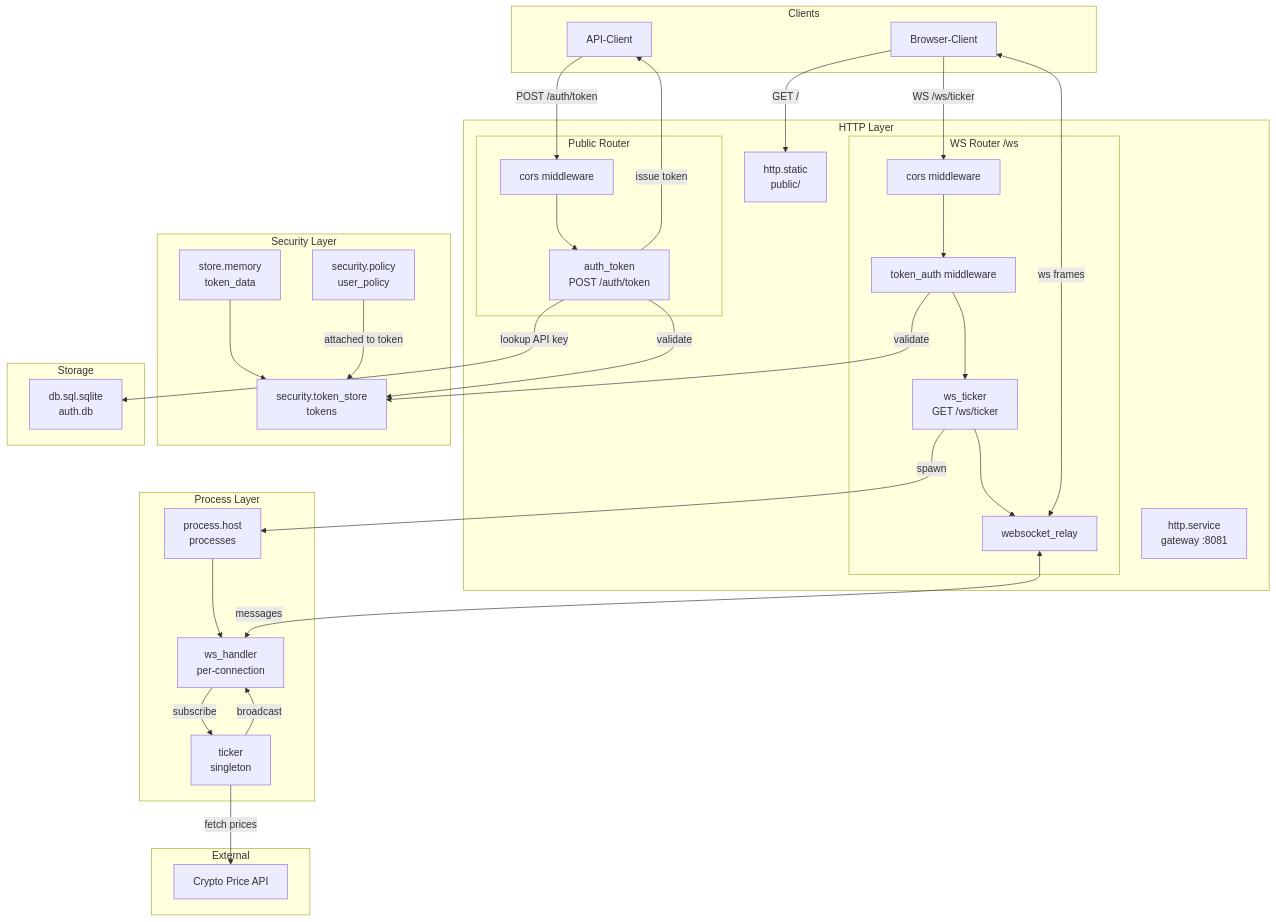
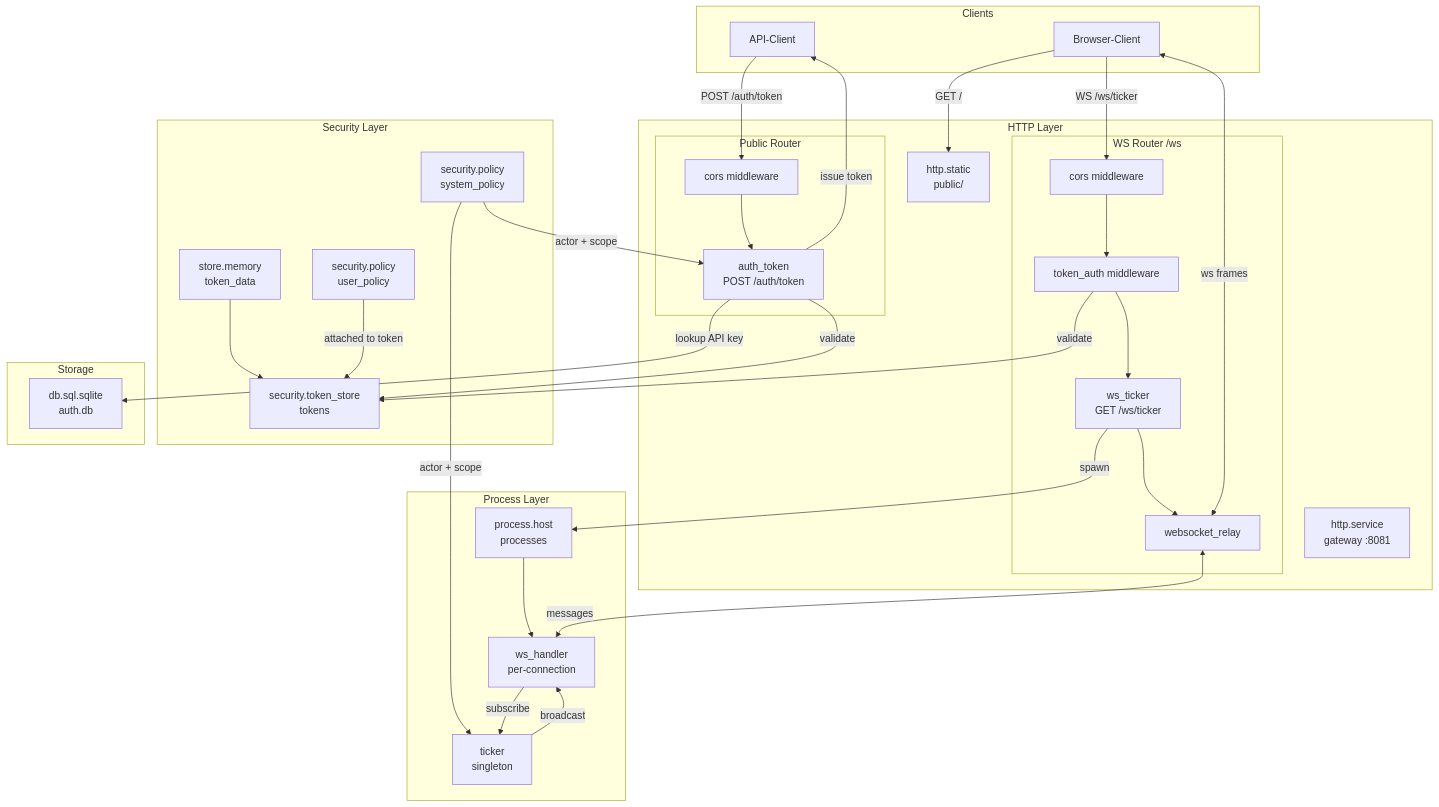
One commit to wippyai/docs changed the diagram in de/tutorials/auth.md. Above: the diagram before and after it, drawn with Mermaid. The commit also changed other lines of this file and 143 other files, not shown here.

````diff
--- a/de/tutorials/auth.md
+++ b/de/tutorials/auth.md
@@ -36,78 +36,74 @@
 ```mermaid
 flowchart TB
     subgraph Clients
         Browser[Browser-Client]
         API[API-Client]
     end
 
     subgraph "HTTP Layer"
         Server[http.service<br/>gateway :8081]
         Static[http.static<br/>public/]
 
         subgraph "Public Router"
             CORS1[cors middleware]
             AuthEndpoint[auth_token<br/>POST /auth/token]
         end
 
         subgraph "WS Router /ws"
             CORS2[cors middleware]
             TokenAuth[token_auth middleware]
             WSEndpoint[ws_ticker<br/>GET /ws/ticker]
             WSRelay[websocket_relay]
         end
     end
 
     subgraph "Security Layer"
         TokenStore[security.token_store<br/>tokens]
         Policy[security.policy<br/>user_policy]
+        SysPolicy[security.policy<br/>system_policy]
         MemStore[store.memory<br/>token_data]
     end
 
     subgraph "Storage"
         DB[db.sql.sqlite<br/>auth.db]
     end
 
     subgraph "Process Layer"
         Supervisor[process.host<br/>processes]
         WSHandler[ws_handler<br/>per-connection]
         Ticker[ticker<br/>singleton]
-    end
-
-    subgraph "External"
-        CryptoAPI[Crypto Price API]
     end
 
     %% Client-Verbindungen
     Browser -->|"GET /"| Static
     API -->|"POST /auth/token"| CORS1
     Browser -->|"WS /ws/ticker"| CORS2
 
     %% API-Flow
     CORS1 --> AuthEndpoint
     AuthEndpoint -->|validate| TokenStore
     AuthEndpoint -->|"issue token"| API
 
     %% WS-Flow
     CORS2 --> TokenAuth
     TokenAuth -->|validate| TokenStore
     TokenAuth --> WSEndpoint
     WSEndpoint -->|spawn| Supervisor
     Supervisor --> WSHandler
     WSEndpoint --> WSRelay
     WSRelay <-->|"messages"| WSHandler
 
     %% Token-Store-Abhängigkeiten
     MemStore --> TokenStore
     Policy -->|attached to token| TokenStore
+    SysPolicy -->|"actor + scope"| AuthEndpoint
+    SysPolicy -->|"actor + scope"| Ticker
 
     %% Auth verwendet DB für API-Schlüssel
     AuthEndpoint -->|lookup API key| DB
 
     %% Prozess-Kommunikation
     WSHandler -->|subscribe| Ticker
     Ticker -->|broadcast| WSHandler
     WSRelay <-->|"ws frames"| Browser
-
-    %% Extern
-    Ticker -->|fetch prices| CryptoAPI
 ```
````
